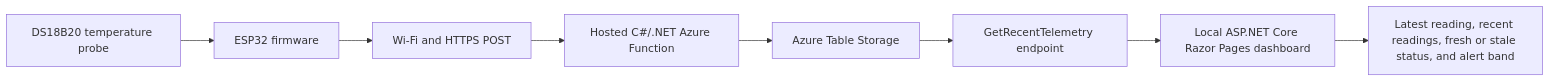
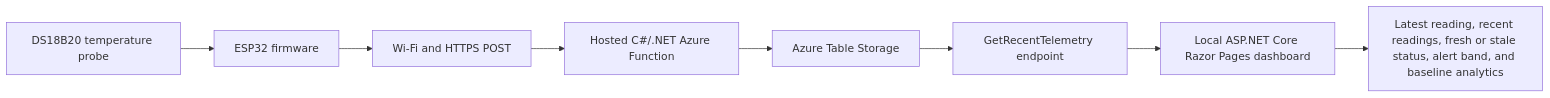
The diagram in README.md (sdaly-ie/hivewatch-cloud-iot), drawn with Mermaid before and after one commit. The commit also changed other lines of this file, not shown here.

Commit message:
Update README for baseline analytics

````diff
--- a/README.md
+++ b/README.md
@@ -57,10 +55,10 @@
 ```mermaid
 flowchart LR
     A["DS18B20 temperature probe"] --> B["ESP32 firmware"]
     B --> C["Wi-Fi and HTTPS POST"]
     C --> D["Hosted C#/.NET Azure Function"]
     D --> E["Azure Table Storage"]
     E --> F["GetRecentTelemetry endpoint"]
     F --> G["Local ASP.NET Core Razor Pages dashboard"]
-    G --> H["Latest reading, recent readings, fresh or stale status, and alert band"]
+    G --> H["Latest reading, recent readings, fresh or stale status, alert band, and baseline analytics"]
 ```
````
